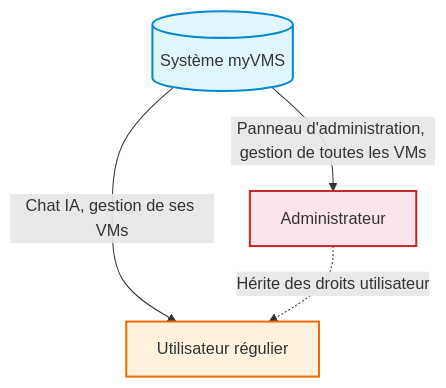
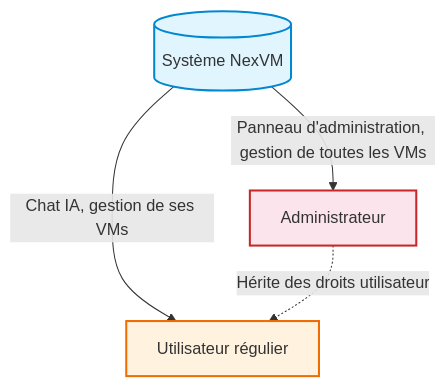
The first of 8 diagrams in rapport/chapitre2.md (anassoooo/NexVM), drawn with Mermaid before and after one commit. The commit also changed other lines of this file and 30 other files, not shown here.

````diff
--- a/rapport/chapitre2.md
+++ b/rapport/chapitre2.md
@@ -108,15 +108,15 @@
 ```mermaid
 graph TD
-    System[("Système myVMS")]
+    System[("Système NexVM")]
     User["Utilisateur régulier"]
     Admin["Administrateur"]
     
     System -->|"Chat IA, gestion de ses VMs"| User
     System -->|"Panneau d'administration, gestion de toutes les VMs"| Admin
     
     Admin -.->|"Hérite des droits utilisateur"| User
     
     style System fill:#e1f5fe,stroke:#0288d1,stroke-width:2px
     style User fill:#fff3e0,stroke:#ef6c00,stroke-width:2px
     style Admin fill:#fce4ec,stroke:#c62828,stroke-width:2px
 ```
````
